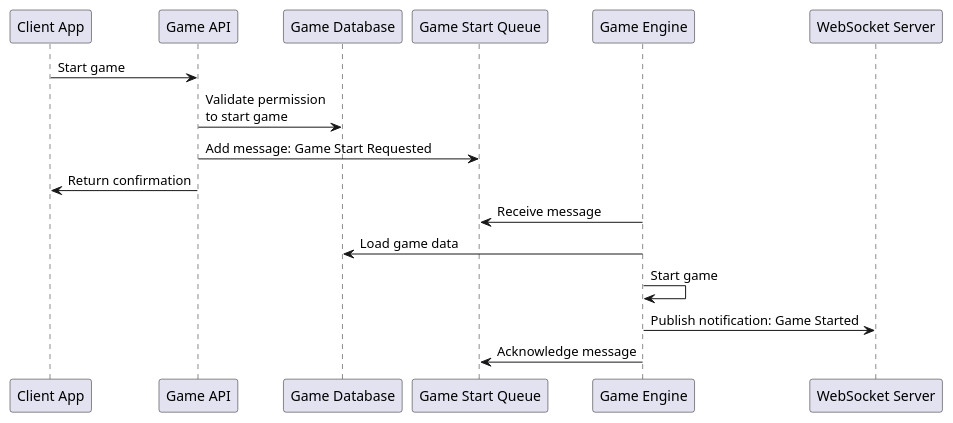
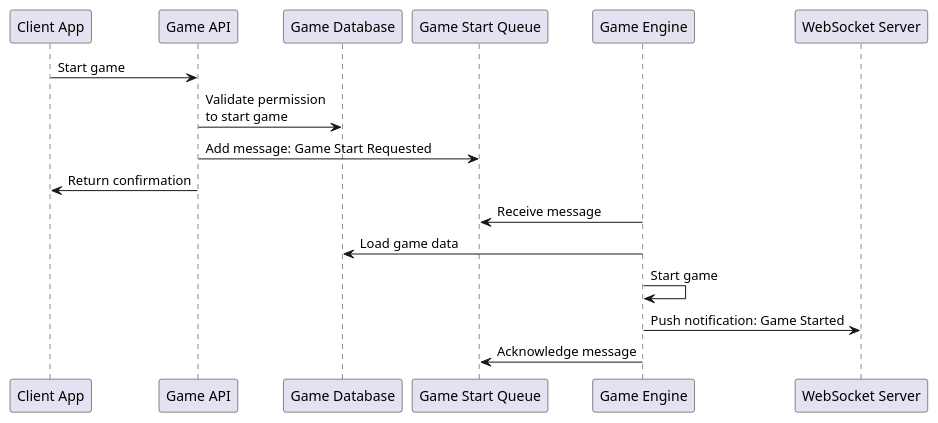
The diagram in documentation/start-game.wsd (keyofdb/poker-game), drawn with PlantUML before and after one commit. The commit also changed 1 other file, not shown here.

```diff
--- a/documentation/start-game.wsd
+++ b/documentation/start-game.wsd
@@ -1,17 +1,17 @@
 @startuml
 participant "Client App" as ClientApp
 participant "Game API" as GameAPI
 participant "Game Database" as GameDatabase
 participant "Game Start Queue" as GameStartQueue
 participant "Game Engine" as GameEngine
 participant "WebSocket Server" as WebSocketServer
 ClientApp -> GameAPI : Start game
 GameAPI -> GameDatabase : Validate permission\nto start game
 GameAPI -> GameStartQueue : Add message: Game Start Requested
 GameAPI -> ClientApp : Return confirmation
 GameEngine -> GameStartQueue: Receive message
 GameEngine -> GameDatabase: Load game data
 GameEngine -> GameEngine: Start game
-GameEngine -> WebSocketServer: Publish notification: Game Started
+GameEngine -> WebSocketServer: Push notification: Game Started
 GameEngine -> GameStartQueue : Acknowledge message
 @enduml
```
